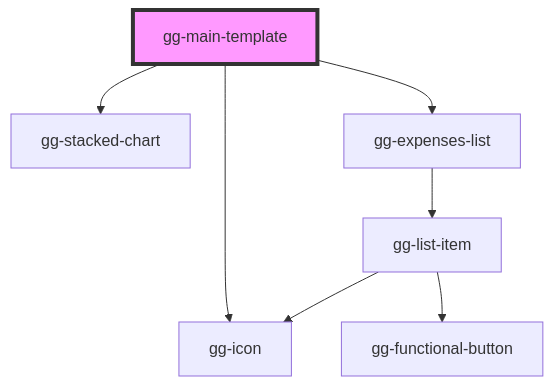
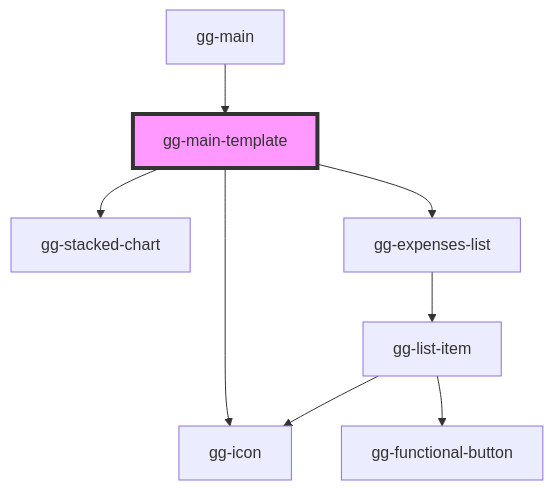
One commit to gulagha/expense-report changed the diagram in src/components/templates/gg-main-template/readme.md. Above: the diagram before and after it, drawn with Mermaid. The commit also changed other lines of this file and 2 other files, not shown here.

Commit message:
Move dark theme switch outside main-template

````diff
--- a/src/components/templates/gg-main-template/readme.md
+++ b/src/components/templates/gg-main-template/readme.md
@@ -27,10 +33,11 @@
 ```mermaid
 graph TD;
   gg-main-template --> gg-icon
   gg-main-template --> gg-stacked-chart
   gg-main-template --> gg-expenses-list
   gg-expenses-list --> gg-list-item
   gg-list-item --> gg-functional-button
   gg-list-item --> gg-icon
+  gg-main --> gg-main-template
   style gg-main-template fill:#f9f,stroke:#333,stroke-width:4px
 ```
````
